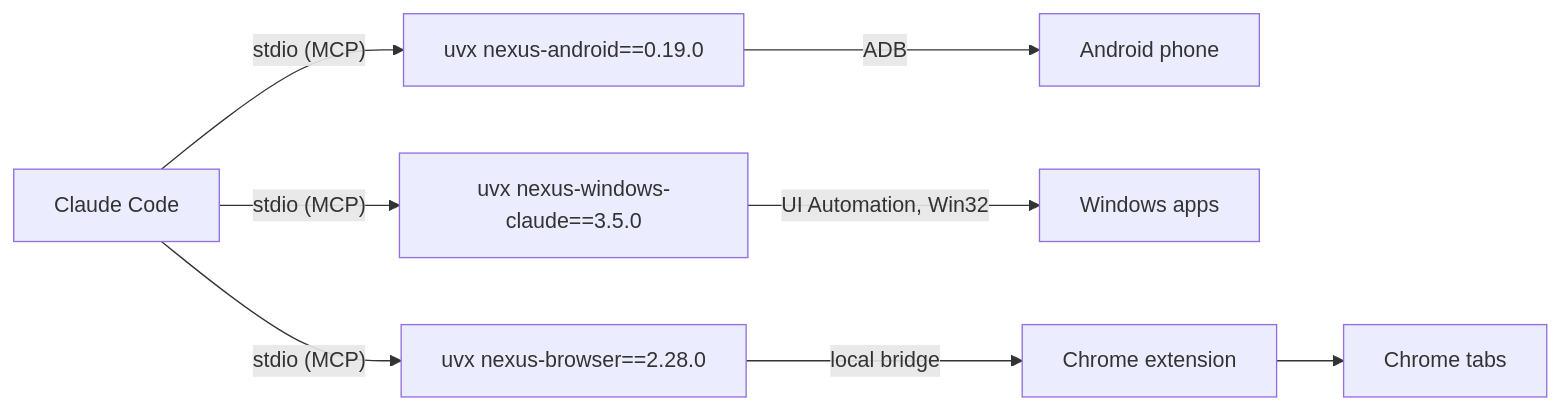
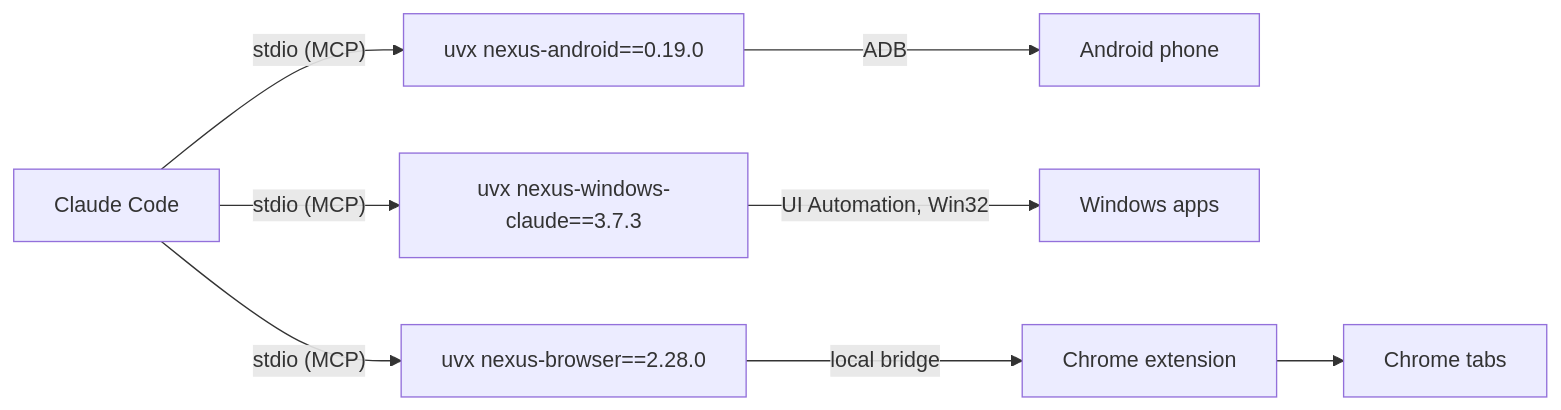
Before and after one commit to pironjulien/NexusSystem: the diagram in README.md, drawn with Mermaid. The commit also changed 7 other files, not shown here.

Commit message:
1.6.23: nexus-windows-claude 3.7.3

````diff
--- a/README.md
+++ b/README.md
@@ -129,6 +129,6 @@
 ```mermaid
 flowchart LR
     C["Claude Code"] -- "stdio (MCP)" --> A["uvx nexus-android==0.19.0"] -- ADB --> P["Android phone"]
-    C -- "stdio (MCP)" --> W["uvx nexus-windows-claude==3.5.0"] -- "UI Automation, Win32" --> D["Windows apps"]
+    C -- "stdio (MCP)" --> W["uvx nexus-windows-claude==3.7.3"] -- "UI Automation, Win32" --> D["Windows apps"]
     C -- "stdio (MCP)" --> B["uvx nexus-browser==2.28.0"] -- "local bridge" --> E["Chrome extension"] --> T["Chrome tabs"]
 ```
````
